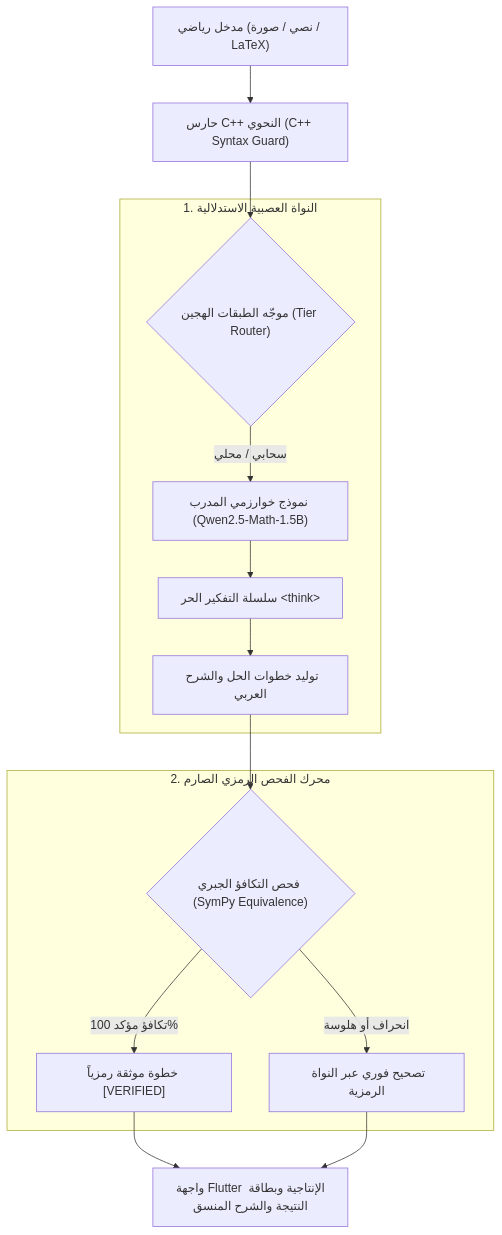
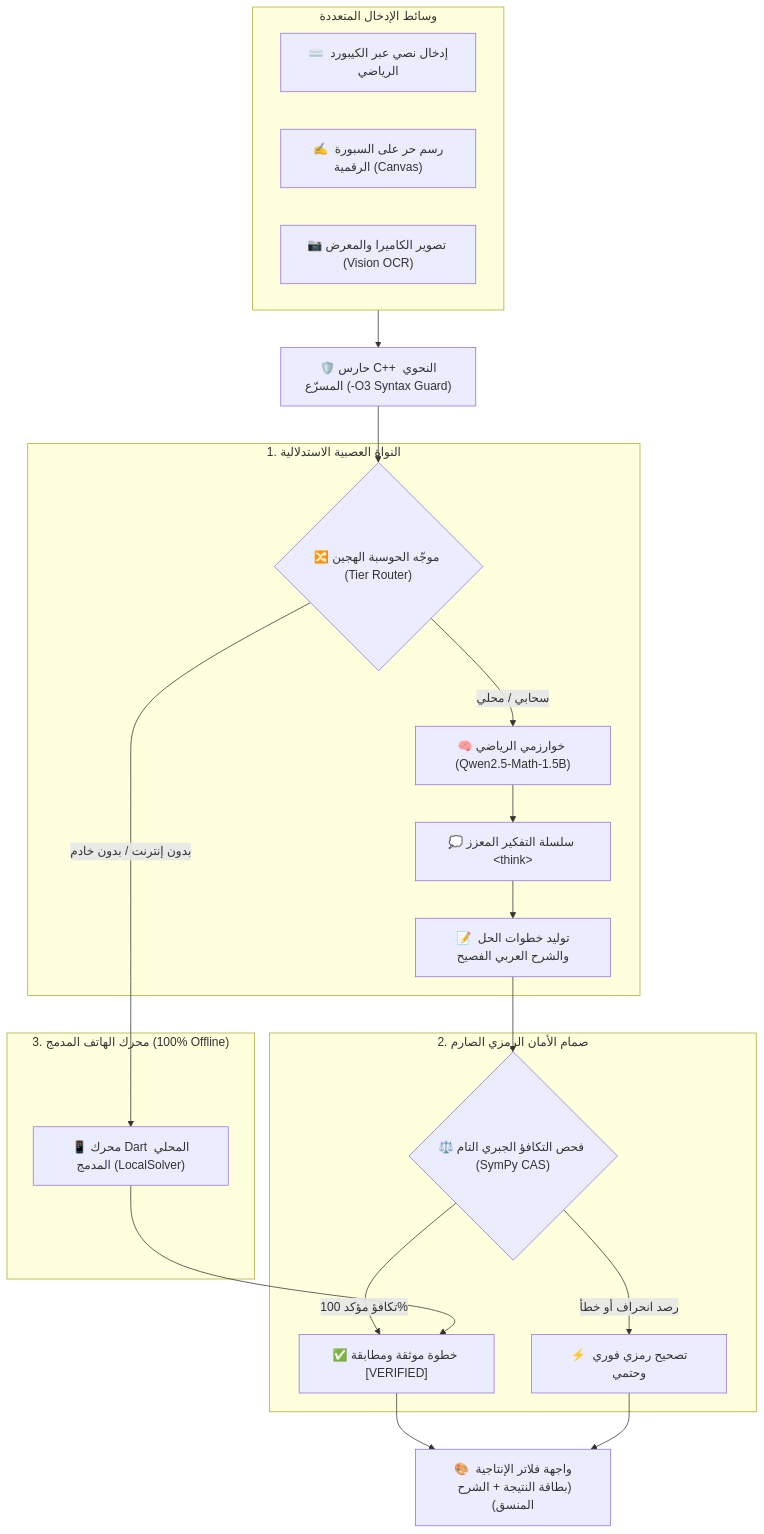
Before and after one commit to AymnAlth/Khwarizmi_Math_AI: the first of 2 diagrams in README.md, drawn with Mermaid. The commit also changed other lines of this file and 3 other files, not shown here.

Commit message:
docs: elevate README to production grade with lead engineer profile and full architecture

````diff
--- a/README.md
+++ b/README.md
@@ -56,20 +76,31 @@
 ```mermaid
 flowchart TD
-    In["مدخل رياضي (نصي / صورة / LaTeX)"] --> Guard["حارس C++ النحوي (C++ Syntax Guard)"]
-    Guard --> TierRouter{"موجّه الطبقات الهجين (Tier Router)"}
-    
+    subgraph Inputs ["وسائط الإدخال المتعددة"]
+        In1["⌨️ إدخال نصي عبر الكيبورد الرياضي"]
+        In2["✍️ رسم حر على السبورة الرقمية (Canvas)"]
+        In3["📷 تصوير الكاميرا والمعرض (Vision OCR)"]
+    end
+
+    Inputs --> Guard["🛡️ حارس C++ النحوي المسرّع (-O3 Syntax Guard)"]
+    Guard --> TierRouter{"🔀 موجّه الحوسبة الهجين (Tier Router)"}
+
     subgraph Neural ["1. النواة العصبية الاستدلالية"]
-        TierRouter -->|"سحابي / محلي"| Qwen["نموذج خوارزمي المدرب (Qwen2.5-Math-1.5B)"]
-        Qwen --> Think["سلسلة التفكير الحر &lt;think&gt;"]
-        Think --> GenSteps["توليد خطوات الحل والشرح العربي"]
+        TierRouter -->|"سحابي / محلي"| Qwen["🧠 خوارزمي الرياضي (Qwen2.5-Math-1.5B)"]
+        Qwen --> Think["💭 سلسلة التفكير المعزز &lt;think&gt;"]
+        Think --> GenSteps["📝 توليد خطوات الحل والشرح العربي الفصيح"]
     end
-    
-    subgraph Symbolic ["2. محرك الفحص الرمزي الصارم"]
-        GenSteps --> SymCheck{"فحص التكافؤ الجبري (SymPy Equivalence)"}
-        SymCheck -->|"تكافؤ مؤكد 100%"| VerifiedStep["خطوة موثقة رمزياً [VERIFIED]"]
-        SymCheck -->|"انحراف أو هلوسة"| AutoCorrect["تصحيح فوري عبر النواة الرمزية"]
+
+    subgraph Symbolic ["2. صمام الأمان الرمزي الصارم"]
+        GenSteps --> SymCheck{"⚖️ فحص التكافؤ الجبري التام (SymPy CAS)"}
+        SymCheck -->|"تكافؤ مؤكد 100%"| VerifiedStep["✅ خطوة موثقة ومطابقة [VERIFIED]"]
+        SymCheck -->|"رصد انحراف أو خطأ"| AutoCorrect["⚡ تصحيح رمزي فوري وحتمي"]
     end
-    
-    VerifiedStep --> Out["واجهة Flutter الإنتاجية وبطاقة النتيجة والشرح المنسق"]
-    AutoCorrect --> Out
+
+    subgraph LocalEngine ["3. محرك الهاتف المدمج (100% Offline)"]
+        TierRouter -->|"بدون إنترنت / بدون خادم"| DartSolver["📱 محرك Dart المحلي المدمج (LocalSolver)"]
+        DartSolver --> VerifiedStep
+    end
+
+    VerifiedStep --> Presentation["🎨 واجهة فلاتر الإنتاجية (بطاقة النتيجة + الشرح المنسق)"]
+    AutoCorrect --> Presentation
 ```
````
